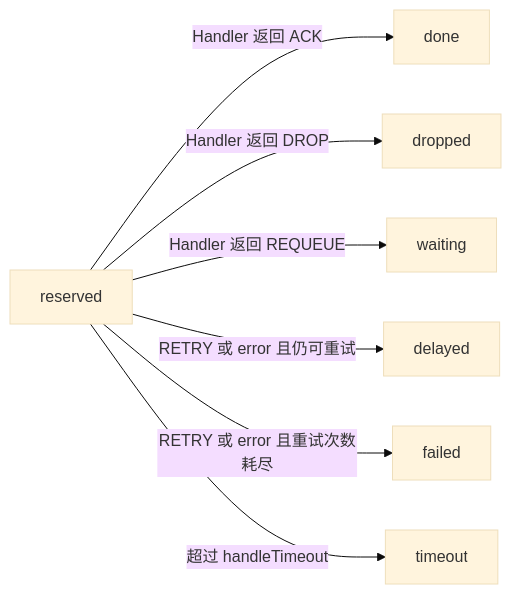
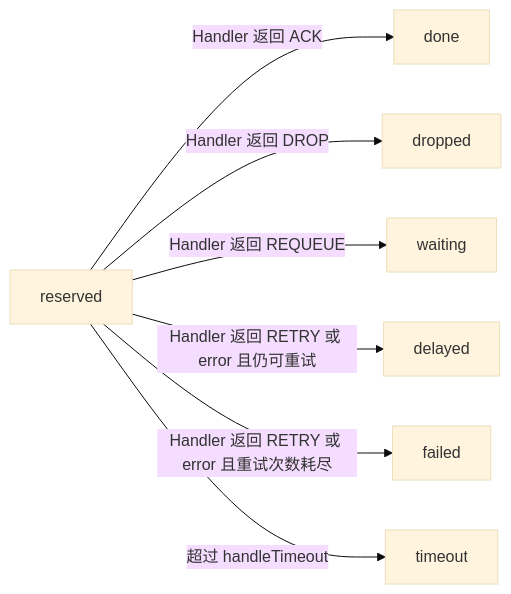
The fourth of 5 diagrams in docs/zh-CN/guide.md (liuxiaozhicn/async-queue-go), drawn with Mermaid (base theme) before and after one commit. The commit also changed other lines of this file, not shown here.

````diff
--- a/docs/zh-CN/guide.md
+++ b/docs/zh-CN/guide.md
@@ -201,10 +202,10 @@
 ```mermaid
 flowchart LR
     R[reserved]
     R -->|Handler 返回 ACK| ACK[done]
     R -->|Handler 返回 DROP| DROP[dropped]
     R -->|Handler 返回 REQUEUE| W[waiting]
-    R -->|RETRY 或 error 且仍可重试| D[delayed]
-    R -->|RETRY 或 error 且重试次数耗尽| F[failed]
+    R -->|Handler 返回 RETRY 或 error 且仍可重试| D[delayed]
+    R -->|Handler 返回 RETRY 或 error 且重试次数耗尽| F[failed]
     R -->|超过 handleTimeout| T[timeout]
 ```
````
